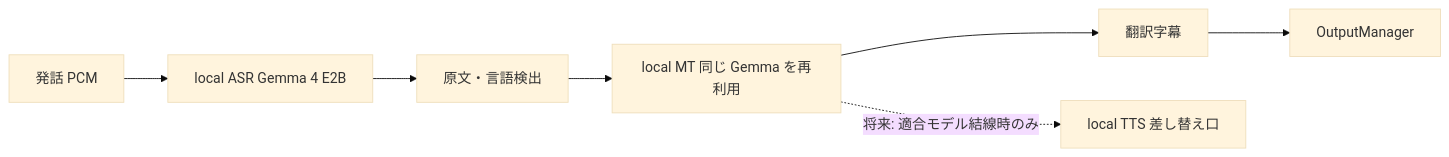
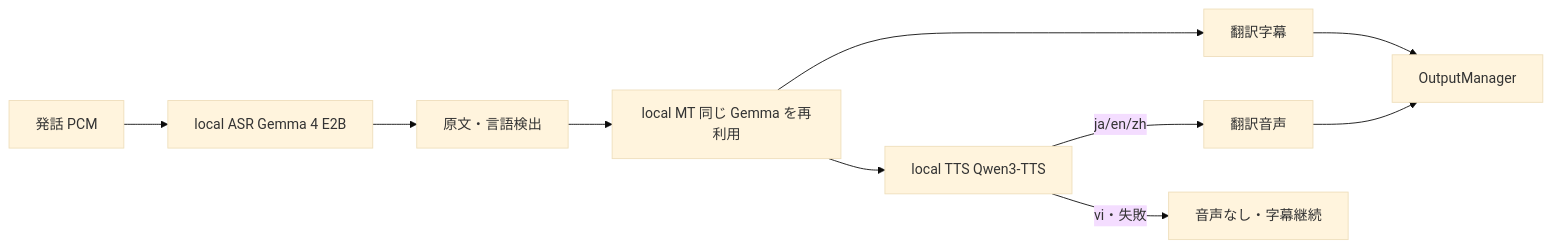
Before and after one commit to liushuang393/apps: the fourth of 4 diagrams in language-aware-conferencing-system/sonowa/README.md, drawn with Mermaid (base theme). The commit also changed other lines of this file and 20 other files, not shown here.

First line of the commit message:
feat(local): 方式3 に翻訳音声（Qwen3-TTS）を追加し、オフライン動作と品質ゲートを修正

````diff
--- a/language-aware-conferencing-system/sonowa/README.md
+++ b/language-aware-conferencing-system/sonowa/README.md
@@ -173,9 +175,12 @@
 ```mermaid
 flowchart LR
   pcm[発話 PCM] --> asr[local ASR Gemma 4 E2B]
   asr --> text[原文・言語検出]
   text --> mt[local MT 同じ Gemma を再利用]
   mt --> sub[翻訳字幕]
+  mt --> tts[local TTS Qwen3-TTS]
+  tts -->|ja/en/zh| ta[翻訳音声]
+  tts -->|vi・失敗| none[音声なし・字幕継続]
   sub --> om[OutputManager]
-  mt -.->|将来: 適合モデル結線時のみ| tts[local TTS 差し替え口]
+  ta --> om
 ```
````
